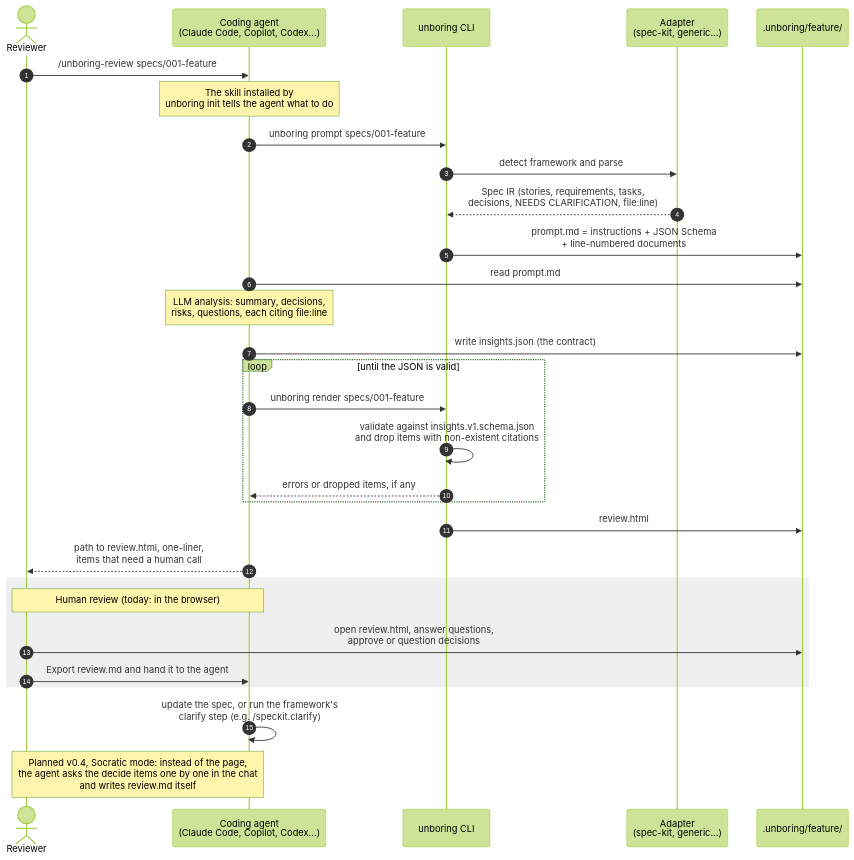
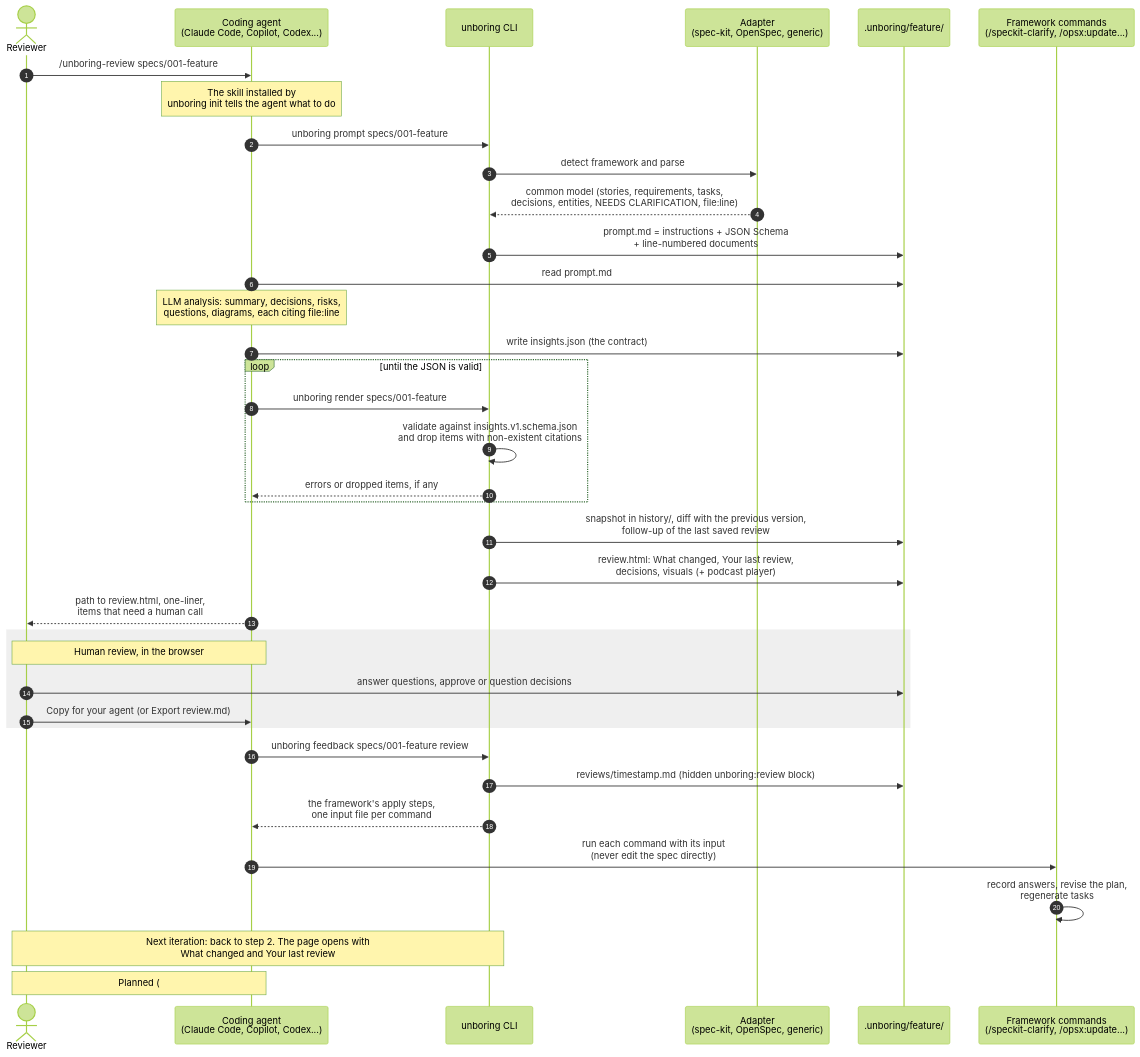
Before and after one commit to josluimg/unboringspec: the first of 2 diagrams in CONTRIBUTING.md, drawn with Mermaid (forest theme). The commit also changed other lines of this file and 2 other files, not shown here.

Commit message:
Docs: bring README, setup guide and CONTRIBUTING up to the full review loop
- CONTRIBUTING sequence diagram now shows the whole loop: history and
  What changed, the review copied to the agent, unboring feedback, the
  framework's own commands (new participant) and the next iteration with
  Your last review. OpenSpec among the adapters; API-mode step range updated.
- Podcast diagram: Kokoro or the system voices on every OS, and tones.
- Principles: 'unboringspec reviews; the framework changes the spec' and
  'nice-to-haves are opt-in'. New note on the saved review format as a
  contract.
- README How it works includes the way back; Feedback loop row and the setup
  guide's under-the-hood flow and command reference match the apply steps.

````diff
--- a/CONTRIBUTING.md
+++ b/CONTRIBUTING.md
@@ -26,38 +26,46 @@
 ```mermaid
 sequenceDiagram
     autonumber
     actor U as Reviewer
     participant A as Coding agent<br/>(Claude Code, Copilot, Codex...)
     participant C as unboring CLI
-    participant AD as Adapter<br/>(spec-kit, generic...)
+    participant AD as Adapter<br/>(spec-kit, OpenSpec, generic)
     participant F as .unboring/feature/
+    participant K as Framework commands<br/>(/speckit-clarify, /opsx:update...)
 
     U->>A: /unboring-review specs/001-feature
     Note over A: The skill installed by<br/>unboring init tells the agent what to do
 
     A->>C: unboring prompt specs/001-feature
     C->>AD: detect framework and parse
-    AD-->>C: Spec IR (stories, requirements, tasks,<br/>decisions, NEEDS CLARIFICATION, file:line)
+    AD-->>C: common model (stories, requirements, tasks,<br/>decisions, entities, NEEDS CLARIFICATION, file:line)
     C->>F: prompt.md = instructions + JSON Schema<br/>+ line-numbered documents
 
     A->>F: read prompt.md
-    Note over A: LLM analysis: summary, decisions,<br/>risks, questions, each citing file:line
+    Note over A: LLM analysis: summary, decisions, risks,<br/>questions, diagrams, each citing file:line
     A->>F: write insights.json (the contract)
 
     loop until the JSON is valid
         A->>C: unboring render specs/001-feature
         C->>C: validate against insights.v1.schema.json<br/>and drop items with non-existent citations
         C-->>A: errors or dropped items, if any
     end
-    C->>F: review.html
+    C->>F: snapshot in history/, diff with the previous version,<br/>follow-up of the last saved review
+    C->>F: review.html: What changed, Your last review,<br/>decisions, visuals (+ podcast player)
     A-->>U: path to review.html, one-liner,<br/>items that need a human call
 
     rect rgba(127, 127, 127, 0.12)
-        Note over U,A: Human review (today: in the browser)
-        U->>F: open review.html, answer questions,<br/>approve or question decisions
-        U->>A: Export review.md and hand it to the agent
+        Note over U,A: Human review, in the browser
+        U->>F: answer questions, approve or question decisions
+        U->>A: Copy for your agent (or Export review.md)
     end
-    A->>A: update the spec, or run the framework's<br/>clarify step (e.g. /speckit.clarify)
 
-    Note over U,A: Planned v0.4, Socratic mode: instead of the page,<br/>the agent asks the decide items one by one in the chat<br/>and writes review.md itself
+    A->>C: unboring feedback specs/001-feature review
+    C->>F: reviews/timestamp.md (hidden unboring:review block)
+    C-->>A: the framework's apply steps,<br/>one input file per command
+    A->>K: run each command with its input<br/>(never edit the spec directly)
+    K->>K: record answers, revise the plan,<br/>regenerate tasks
+
+    Note over U,C: Next iteration: back to step 2. The page opens with<br/>What changed and Your last review
+    Note over U,A: Planned (#11): the agent asks the decide items in the chat<br/>and writes the review in the same format
 ```
````
